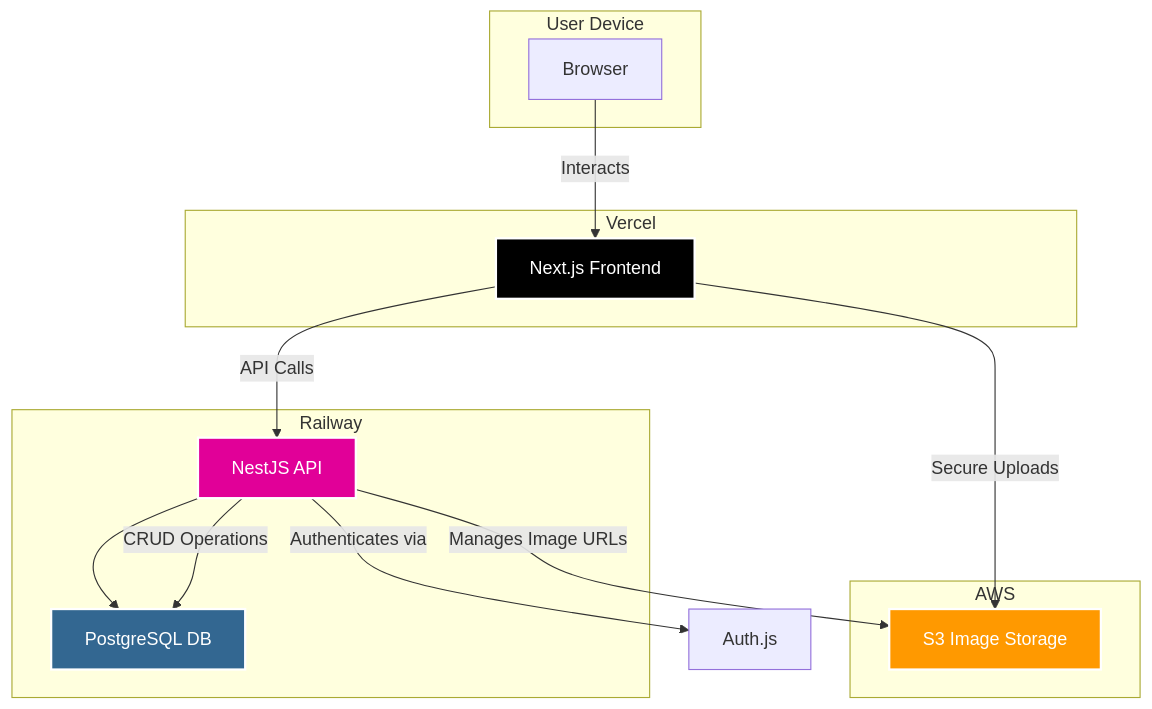
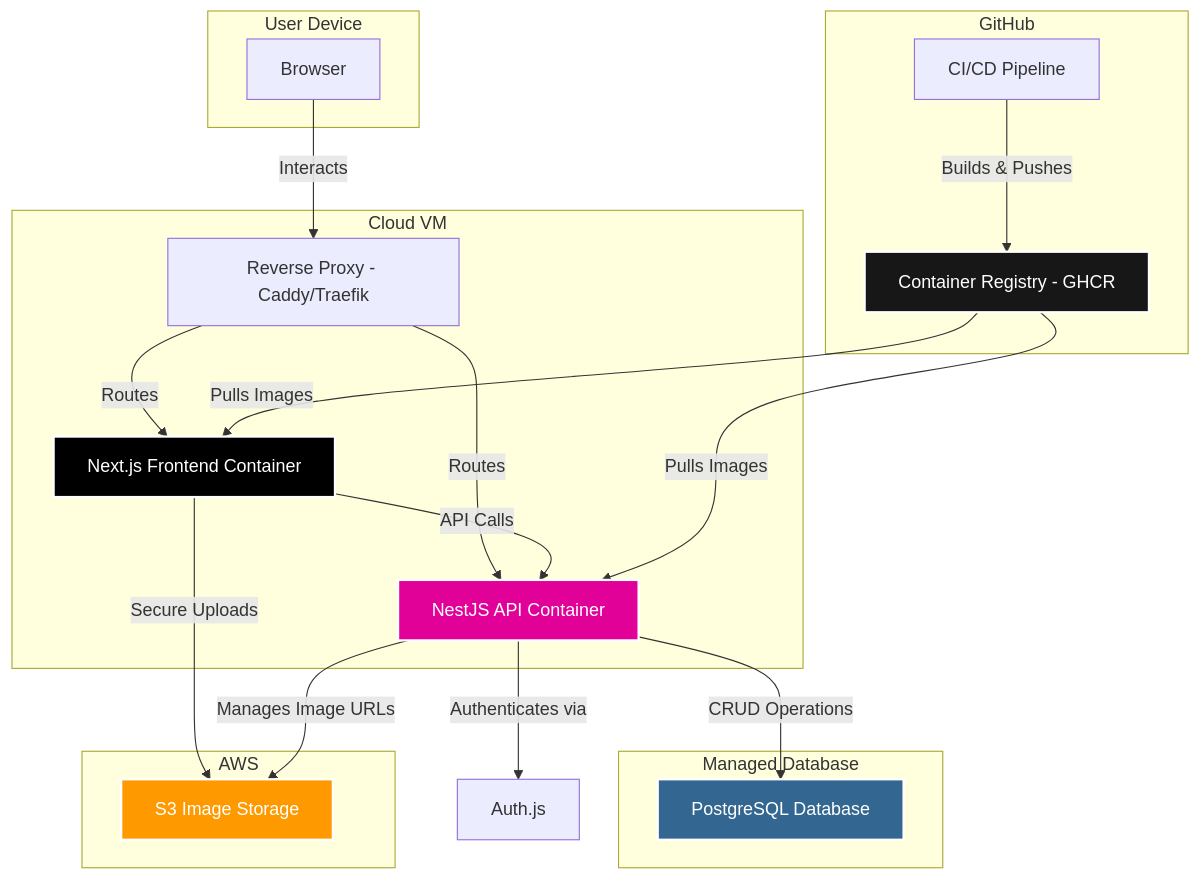
The diagram in docs/architecture/02-high-level-architecture.md (mylo-james/isntgram-ai), drawn with Mermaid before and after one commit. The commit also changed other lines of this file and 7 other files, not shown here.

````diff
--- a/docs/architecture/02-high-level-architecture.md
+++ b/docs/architecture/02-high-level-architecture.md
@@ -46,32 +49,45 @@
 ```mermaid
 graph TD
     subgraph User Device
         A[Browser]
     end
 
-    subgraph Vercel
-        B[Next.js Frontend]
+    subgraph Cloud VM
+        B[Next.js Frontend Container]
+        C[NestJS API Container]
+        D[Reverse Proxy - Caddy/Traefik]
     end
 
-    subgraph Railway
-        C[NestJS API] --> D[PostgreSQL DB]
+    subgraph Managed Database
+        E[PostgreSQL Database]
     end
 
     subgraph AWS
-        E[S3 Image Storage]
+        F[S3 Image Storage]
     end
 
-    F[Auth.js]
+    subgraph GitHub
+        G[Container Registry - GHCR]
+        H[CI/CD Pipeline]
+    end
 
-    A -- Interacts --> B
+    I[Auth.js]
+
+    A -- Interacts --> D
+    D -- Routes --> B
+    D -- Routes --> C
     B -- API Calls --> C
-    B -- Secure Uploads --> E
-    C -- Authenticates via --> F
-    C -- CRUD Operations --> D
-    C -- Manages Image URLs --> E
+    B -- Secure Uploads --> F
+    C -- Authenticates via --> I
+    C -- CRUD Operations --> E
+    C -- Manages Image URLs --> F
+    H -- Builds & Pushes --> G
+    G -- Pulls Images --> B
+    G -- Pulls Images --> C
 
     style B fill:#000,stroke:#fff,stroke-width:2px,color:#fff
     style C fill:#E10098,stroke:#fff,stroke-width:2px,color:#fff
-    style D fill:#336791,stroke:#fff,stroke-width:2px,color:#fff
-    style E fill:#FF9900,stroke:#fff,stroke-width:2px,color:#fff
+    style E fill:#336791,stroke:#fff,stroke-width:2px,color:#fff
+    style F fill:#FF9900,stroke:#fff,stroke-width:2px,color:#fff
+    style G fill:#181717,stroke:#fff,stroke-width:2px,color:#fff
 ```
````
